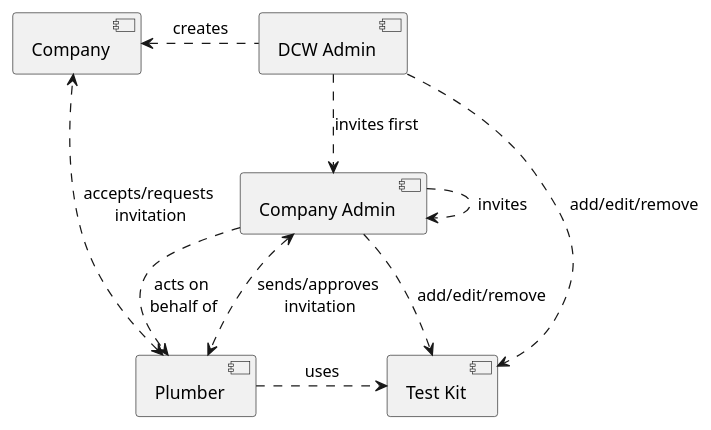
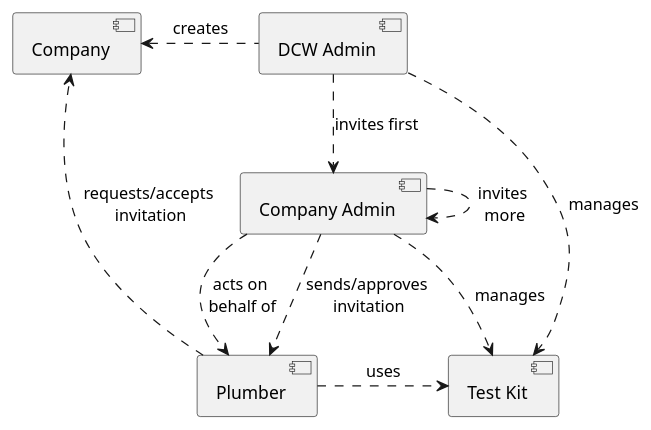
The diagram in diagrams/companies/company_module.puml (acquaa-org/wiki), drawn with PlantUML before and after one commit. The commit also changed 1 other file, not shown here.

Commit message:
Update company diagram

```diff
--- a/diagrams/companies/company_module.puml
+++ b/diagrams/companies/company_module.puml
@@ -1,17 +1,17 @@
 @startuml Company Module
 
 [DCW Admin] .left.> [Company] : creates
 
 [DCW Admin] .down.> [Company Admin] : invites first
 
-[Company Admin] ..> [Company Admin] : invites
+[Company Admin] ..> [Company Admin] : invites \nmore
 
-[Company Admin] <..> [Plumber] : sends/approves \ninvitation
+[Company Admin] ..> [Plumber] : sends/approves \ninvitation
 [Company Admin] ..> [Plumber] : acts on \nbehalf of
-[Plumber] <..> [Company] : accepts/requests \ninvitation
+[Plumber] ..> [Company] : requests/accepts \ninvitation
 
-[DCW Admin] ..> [Test Kit] : add/edit/remove
-[Company Admin] ..> [Test Kit] : add/edit/remove
+[DCW Admin] ..> [Test Kit] : manages
+[Company Admin] ..> [Test Kit] : manages
 [Plumber] .right.> [Test Kit] : uses
 
 @enduml
```
